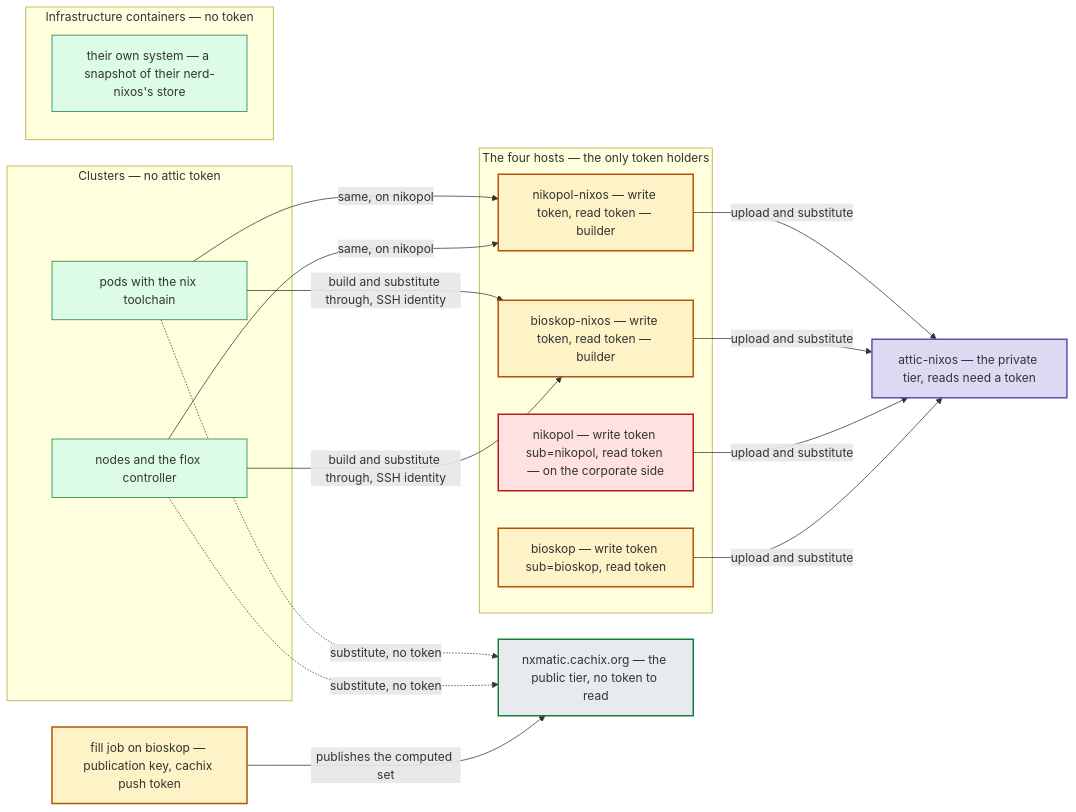
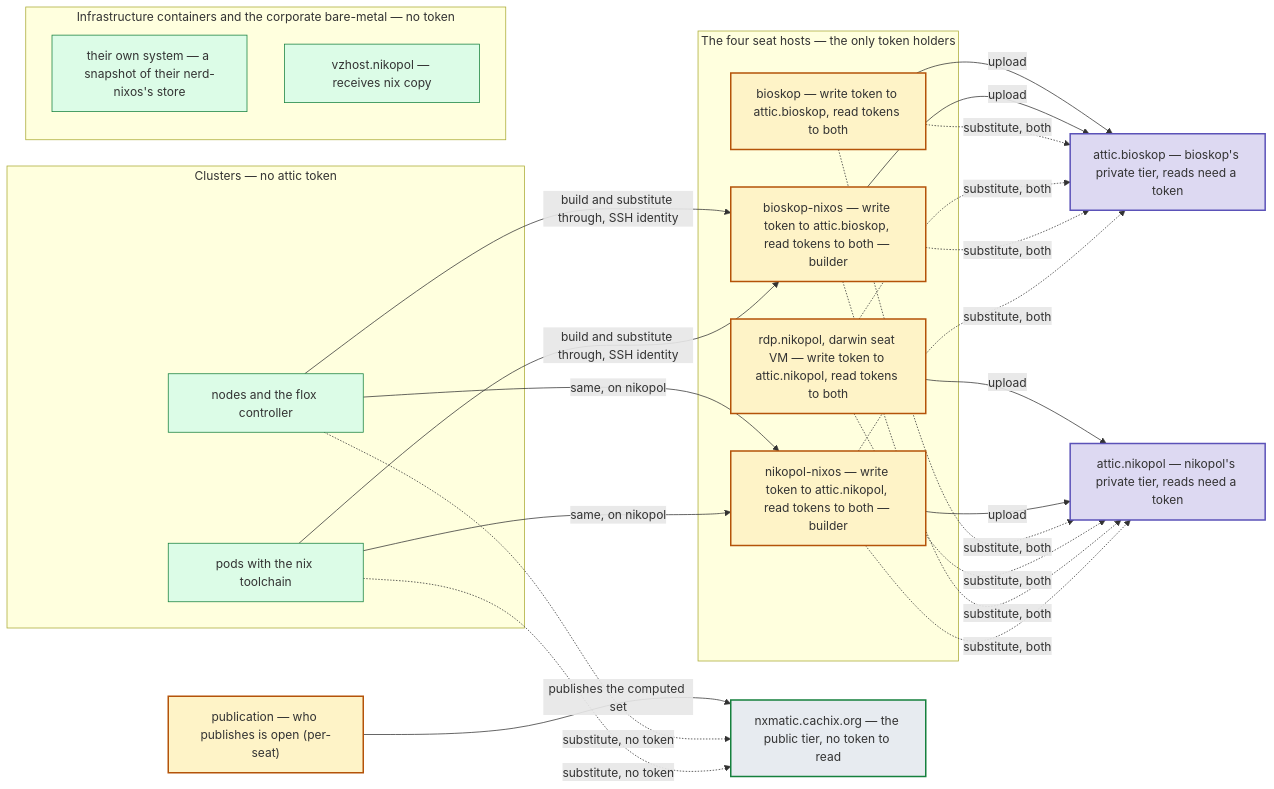
One commit to seedmatic/ndh changed diagram 13 of 14 in docs/private-binary-cache-spec.adoc. Above: the diagram before and after it, drawn with Mermaid. The commit also changed other lines of this file, not shown here.

First line of the commit message:
docs(cache): one private cache per seat — each seat builds, pushes into its own attic, reads both

```diff
--- a/docs/private-binary-cache-spec.adoc
+++ b/docs/private-binary-cache-spec.adoc
@@ -1638,32 +1789,35 @@
 [mermaid]
 ....
 flowchart LR
-  subgraph HOSTS["The four hosts — the only token holders"]
-    h1["bioskop — write token sub=bioskop, read token"]:::writer
-    h2["nikopol — write token sub=nikopol, read token — on the corporate side"]:::corp
-    h3["bioskop-nixos — write token, read token — builder"]:::writer
-    h4["nikopol-nixos — write token, read token — builder"]:::writer
+  subgraph HOSTS["The four seat hosts — the only token holders"]
+    h1["bioskop — write token to attic.bioskop, read tokens to both"]:::writer
+    h2["rdp.nikopol, darwin seat VM — write token to attic.nikopol, read tokens to both"]:::writer
+    h3["bioskop-nixos — write token to attic.bioskop, read tokens to both — builder"]:::writer
+    h4["nikopol-nixos — write token to attic.nikopol, read tokens to both — builder"]:::writer
   end
   subgraph CLUSTERS["Clusters — no attic token"]
     n1["nodes and the flox controller"]:::none
     p1["pods with the nix toolchain"]:::none
   end
-  subgraph INFRA["Infrastructure containers — no token"]
+  subgraph INFRA["Infrastructure containers and the corporate bare-metal — no token"]
     c1["their own system — a snapshot of their nerd-nixos's store"]:::none
+    vz["vzhost.nikopol — receives nix copy"]:::none
   end
-  attic["attic-nixos — the private tier, reads need a token"]:::cache
+  attB["attic.bioskop — bioskop's private tier, reads need a token"]:::cache
+  attN["attic.nikopol — nikopol's private tier, reads need a token"]:::cache
   cx["nxmatic.cachix.org — the public tier, no token to read"]:::pub
-  fj["fill job on bioskop — publication key, cachix push token"]:::writer
+  fj["publication — who publishes is open (per-seat)"]:::writer
 
-  h1 & h2 & h3 & h4 -->|"upload and substitute"| attic
+  h1 & h3 -->|"upload"| attB
+  h2 & h4 -->|"upload"| attN
+  h1 & h2 & h3 & h4 -.->|"substitute, both"| attB & attN
   fj -->|"publishes the computed set"| cx
   n1 & p1 -.->|"substitute, no token"| cx
   n1 & p1 -->|"build and substitute through, SSH identity"| h3
   n1 & p1 -->|"same, on nikopol"| h4
 
   classDef writer fill:#fef3c7,stroke:#b45309,stroke-width:2px;
-  classDef corp fill:#fee2e2,stroke:#b91c1c,stroke-width:2px;
   classDef none fill:#dcfce7,stroke:#15803d;
   classDef cache fill:#ddd9f2,stroke:#5b52b8,stroke-width:2px;
   classDef pub fill:#e7ebf0,stroke:#15803d,stroke-width:2px;
 ....
```
